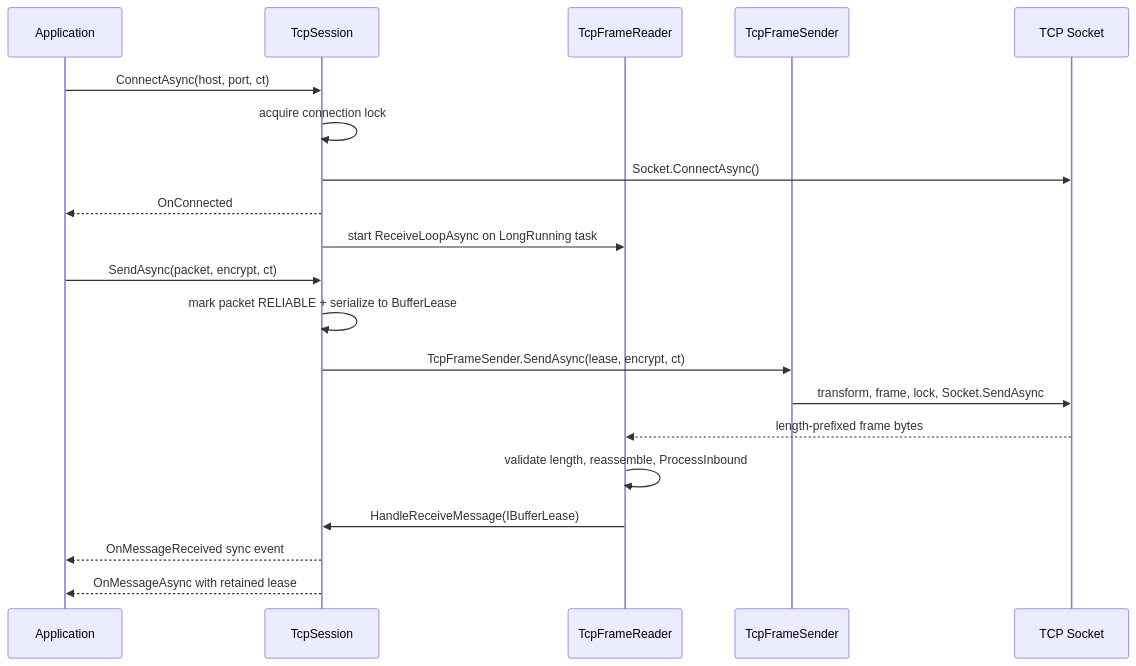
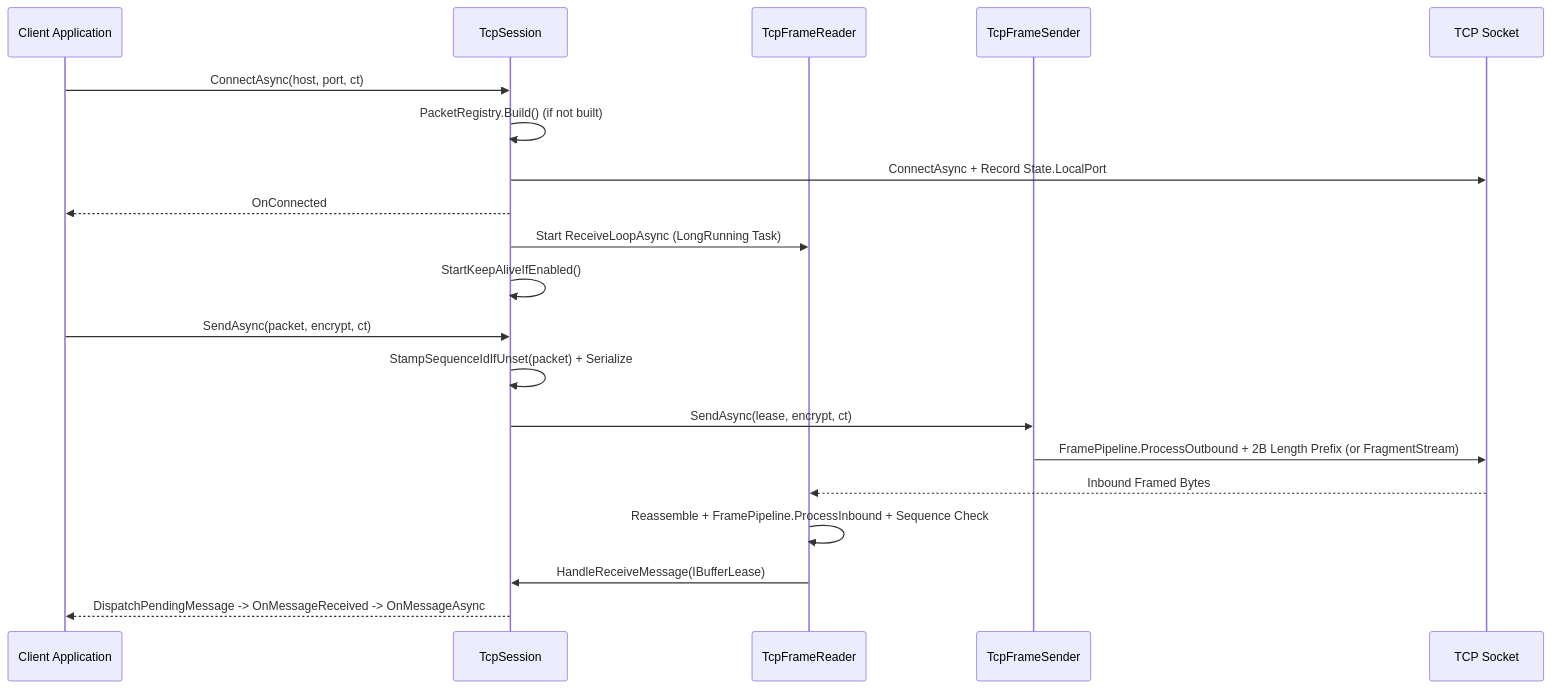
Before and after one commit to ppn-systems/nalix-docs: the diagram in src/content/docs/en-us/api/sdk/tcp-session.md, drawn with Mermaid. The commit also changed other lines of this file and 180 other files, not shown here.

````diff
--- a/src/content/docs/en-us/api/sdk/tcp-session.md
+++ b/src/content/docs/en-us/api/sdk/tcp-session.md
@@ -16,23 +22,23 @@
 ```mermaid
 sequenceDiagram
-    participant A as Application
+    participant App as Client Application
     participant S as TcpSession
     participant R as TcpFrameReader
     participant W as TcpFrameSender
-    participant N as TCP Socket
- 
-    A->>S: ConnectAsync(host, port, ct)
-    S->>S: acquire connection lock
-    S->>N: Socket.ConnectAsync()
-    S-->>A: OnConnected
-    S->>R: start ReceiveLoopAsync on LongRunning task
-    A->>S: SendAsync(packet, encrypt, ct)
-    S->>S: mark packet RELIABLE + serialize to BufferLease
-    S->>W: TcpFrameSender.SendAsync(lease, encrypt, ct)
-    W->>N: transform, frame, lock, Socket.SendAsync
-    N-->>R: length-prefixed frame bytes
-    R->>R: validate length, reassemble, ProcessInbound
+    participant Sock as TCP Socket
+
+    App->>S: ConnectAsync(host, port, ct)
+    S->>S: PacketRegistry.Build() (if not built)
+    S->>Sock: ConnectAsync + Record State.LocalPort
+    S-->>App: OnConnected
+    S->>R: Start ReceiveLoopAsync (LongRunning Task)
+    S->>S: StartKeepAliveIfEnabled()
+    App->>S: SendAsync(packet, encrypt, ct)
+    S->>S: StampSequenceIdIfUnset(packet) + Serialize
+    S->>W: SendAsync(lease, encrypt, ct)
+    W->>Sock: FramePipeline.ProcessOutbound + 2B Length Prefix (or FragmentStream)
+    Sock-->>R: Inbound Framed Bytes
+    R->>R: Reassemble + FramePipeline.ProcessInbound + Sequence Check
     R->>S: HandleReceiveMessage(IBufferLease)
-    S-->>A: OnMessageReceived sync event
-    S-->>A: OnMessageAsync with retained lease
+    S-->>App: DispatchPendingMessage -> OnMessageReceived -> OnMessageAsync
 ```
````
